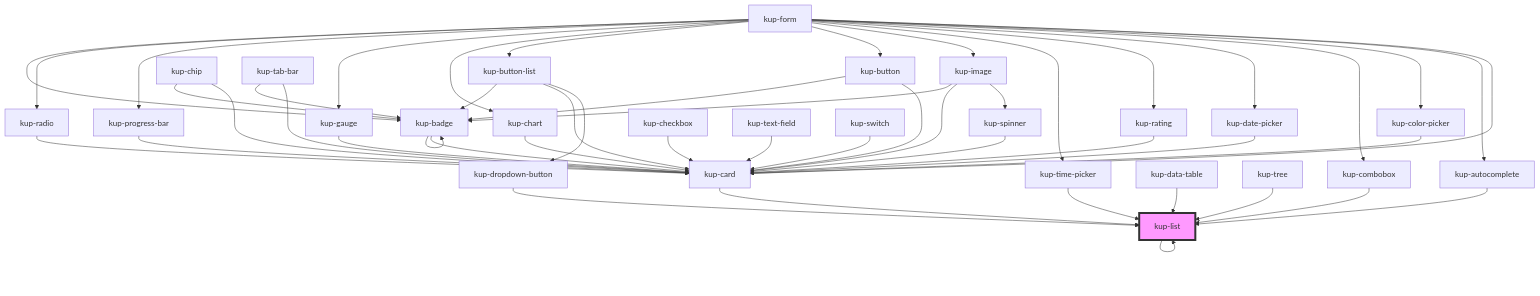
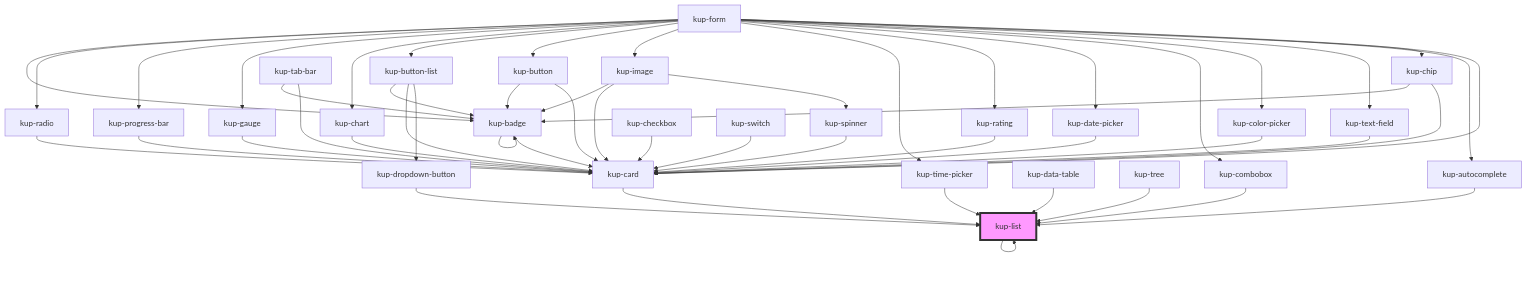
One commit to smeup/ketchup changed the diagram in packages/ketchup/src/components/kup-list/readme.md. Above: the diagram before and after it, drawn with Mermaid. The commit also changed 46 other files, not shown here.

````diff
--- a/packages/ketchup/src/components/kup-list/readme.md
+++ b/packages/ketchup/src/components/kup-list/readme.md
@@ -147,52 +147,54 @@
 ```mermaid
 graph TD;
   kup-list --> kup-list
   kup-radio --> kup-card
   kup-card --> kup-list
   kup-autocomplete --> kup-list
+  kup-chip --> kup-card
+  kup-chip --> kup-badge
+  kup-badge --> kup-badge
+  kup-badge --> kup-card
+  kup-text-field --> kup-card
   kup-color-picker --> kup-card
   kup-combobox --> kup-list
   kup-date-picker --> kup-card
   kup-rating --> kup-card
   kup-time-picker --> kup-list
   kup-image --> kup-spinner
   kup-image --> kup-card
   kup-image --> kup-badge
   kup-spinner --> kup-card
-  kup-badge --> kup-badge
-  kup-badge --> kup-card
   kup-button --> kup-card
   kup-button --> kup-badge
   kup-button-list --> kup-dropdown-button
   kup-button-list --> kup-card
   kup-button-list --> kup-badge
   kup-dropdown-button --> kup-list
   kup-chart --> kup-card
   kup-gauge --> kup-card
   kup-progress-bar --> kup-card
-  kup-chip --> kup-card
-  kup-chip --> kup-badge
   kup-form --> kup-card
   kup-form --> kup-autocomplete
+  kup-form --> kup-chip
+  kup-form --> kup-text-field
   kup-form --> kup-color-picker
   kup-form --> kup-combobox
   kup-form --> kup-date-picker
   kup-form --> kup-rating
   kup-form --> kup-time-picker
   kup-form --> kup-image
   kup-form --> kup-button
   kup-form --> kup-button-list
   kup-form --> kup-chart
   kup-form --> kup-gauge
   kup-form --> kup-progress-bar
   kup-form --> kup-radio
   kup-form --> kup-badge
   kup-checkbox --> kup-card
-  kup-text-field --> kup-card
   kup-data-table --> kup-list
   kup-switch --> kup-card
   kup-tab-bar --> kup-card
   kup-tab-bar --> kup-badge
   kup-tree --> kup-list
   style kup-list fill:#f9f,stroke:#333,stroke-width:4px
 ```
````
